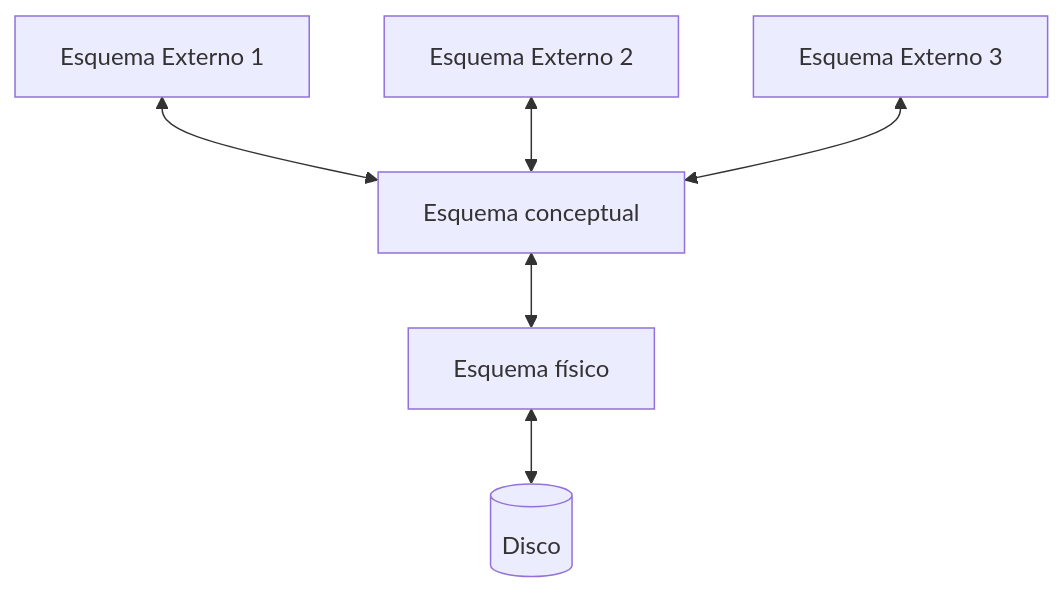
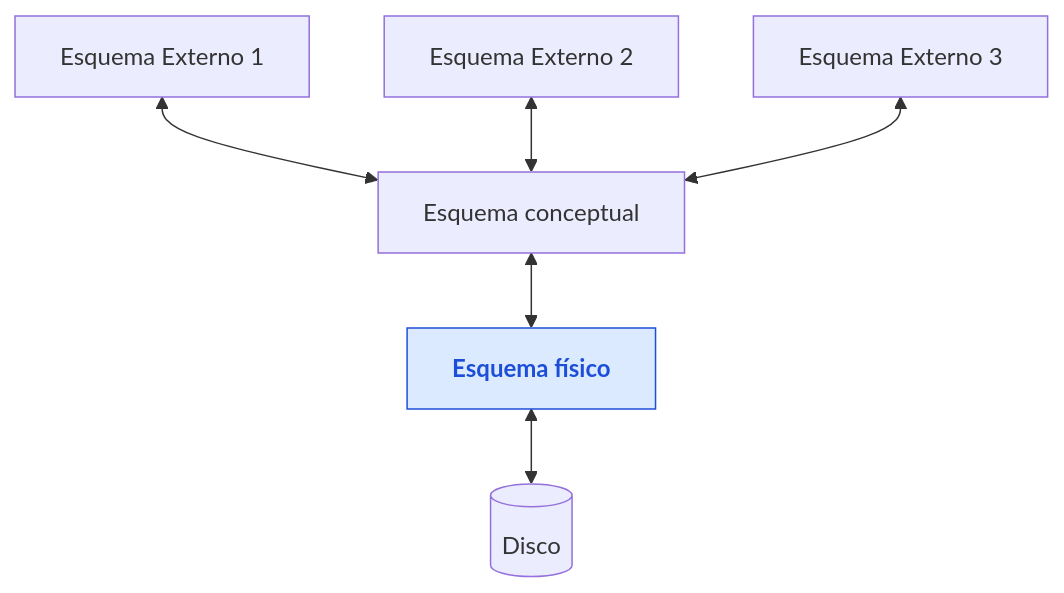
The diagram in notes/2018/teoria/unidad-I/apunte.md (apuntes-frre/isi-2008-gestion-de-datos), drawn with Mermaid before and after one commit.

Commit message:
style: resaltar Esquema físico en diagrama de esquemas Unidad I

````diff
--- a/notes/2018/teoria/unidad-I/apunte.md
+++ b/notes/2018/teoria/unidad-I/apunte.md
@@ -147,15 +147,17 @@
 ```mermaid
 flowchart BT
     D[("Disco")]
     EF["Esquema físico"]
     EC["Esquema conceptual"]
     EE1["Esquema Externo 1"]
     EE2["Esquema Externo 2"]
     EE3["Esquema Externo 3"]
 
     D   <--> EF
     EF  <--> EC
     EC  <--> EE1
     EC  <--> EE2
     EC  <--> EE3
+
+    style EF fill:#dbeafe,stroke:#1d4ed8,color:#1d4ed8,font-weight:bold
 ```
````
